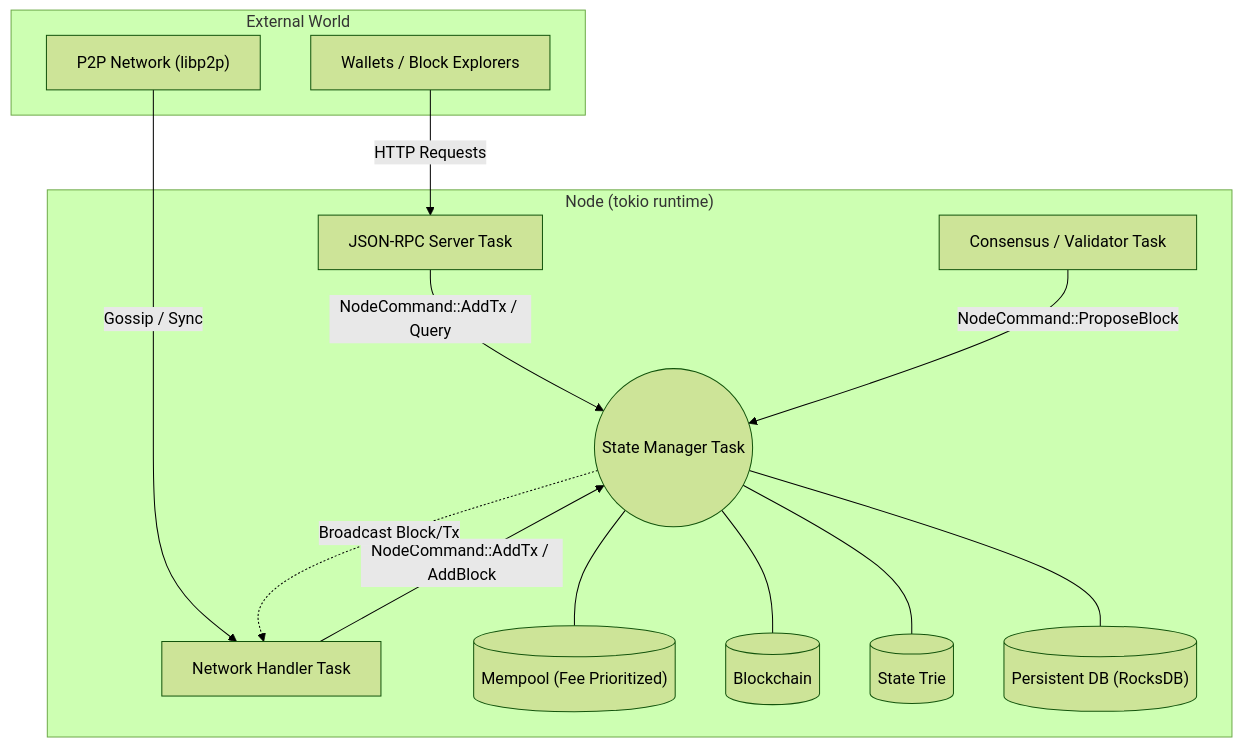
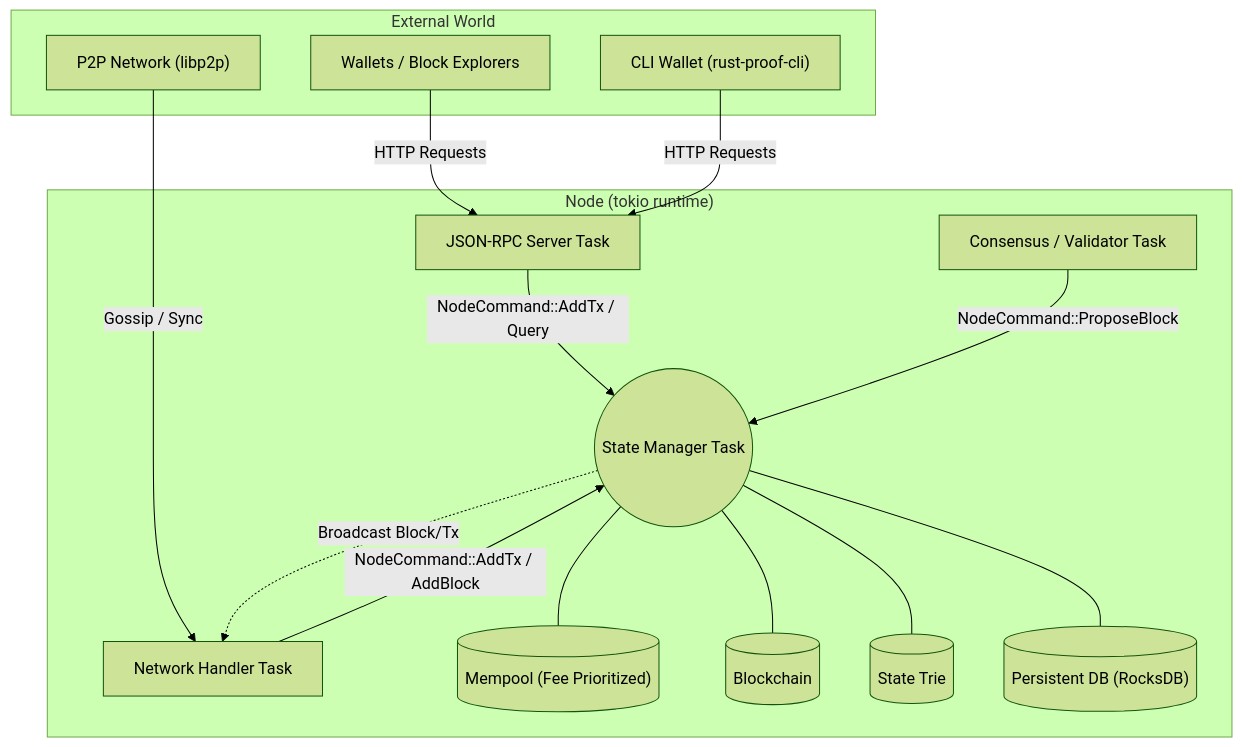
The diagram in docs/architecture.md (Kinubi/rust-proof), drawn with Mermaid (forest theme) before and after one commit. The commit also changed other lines of this file and 4 other files, not shown here.

````diff
--- a/docs/architecture.md
+++ b/docs/architecture.md
@@ -45,37 +45,39 @@
 ```mermaid
 graph TD
     subgraph "External World"
         Client["Wallets / Block Explorers"]
+        CLI["CLI Wallet (rust-proof-cli)"]
         Network["P2P Network (libp2p)"]
     end
 
     subgraph "Node (tokio runtime)"
         RPC["JSON-RPC Server Task"]
         NetHandler["Network Handler Task"]
         Miner["Consensus / Validator Task"]
         
         StateManager(("State Manager Task"))
         
         Mempool[("Mempool (Fee Prioritized)")]
         Chain[("Blockchain")]
         StateDB[("State Trie")]
         Storage[("Persistent DB (RocksDB)")]
     end
 
     %% Communication via Channels
     Client -- "HTTP Requests" --> RPC
+    CLI -- "HTTP Requests" --> RPC
     Network -- "Gossip / Sync" --> NetHandler
     
     RPC -- "NodeCommand::AddTx / Query" --> StateManager
     NetHandler -- "NodeCommand::AddTx / AddBlock" --> StateManager
     Miner -- "NodeCommand::ProposeBlock" --> StateManager
 
     %% State Manager Ownership
     StateManager --- Mempool
     StateManager --- Chain
     StateManager --- StateDB
     StateManager --- Storage
     
     %% Outbound Network
     StateManager -. "Broadcast Block/Tx" .-> NetHandler
 ```
````
